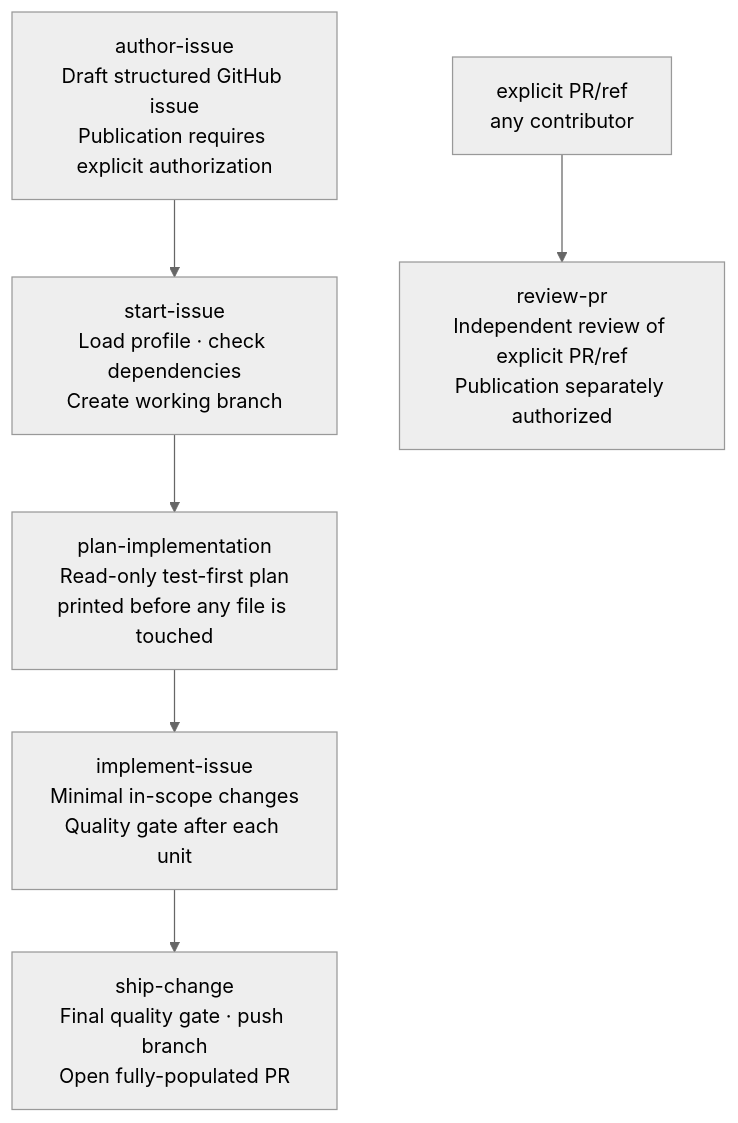
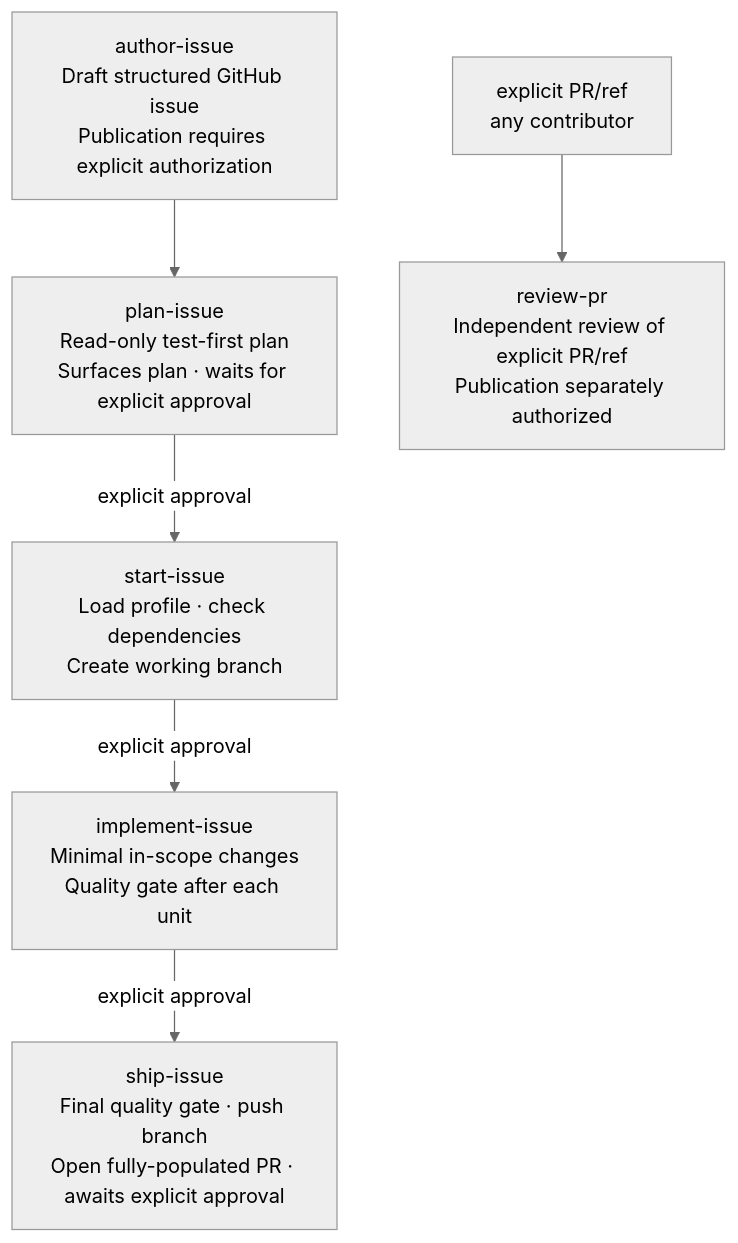
Before and after one commit to dgaramos/agent-workflows: the second of 2 diagrams in README.md, drawn with Mermaid (neutral theme). The commit also changed other lines of this file, not shown here.

````diff
--- a/README.md
+++ b/README.md
@@ -56,12 +56,15 @@
 ```mermaid
 flowchart TD
     I["author-issue\nDraft structured GitHub issue\nPublication requires explicit authorization"]
+    PL["plan-issue\nRead-only test-first plan\nSurfaces plan · waits for explicit approval"]
     S["start-issue\nLoad profile · check dependencies\nCreate working branch"]
-    PL["plan-implementation\nRead-only test-first plan\nprinted before any file is touched"]
     IM["implement-issue\nMinimal in-scope changes\nQuality gate after each unit"]
-    SH["ship-change\nFinal quality gate · push branch\nOpen fully-populated PR"]
+    SH["ship-issue\nFinal quality gate · push branch\nOpen fully-populated PR · awaits explicit approval"]
     RV["review-pr\nIndependent review of explicit PR/ref\nPublication separately authorized"]
 
-    I --> S --> PL --> IM --> SH
+    I --> PL
+    PL -->|"explicit approval"| S
+    S -->|"explicit approval"| IM
+    IM -->|"explicit approval"| SH
     R["explicit PR/ref\nany contributor"] --> RV
 ```
````
